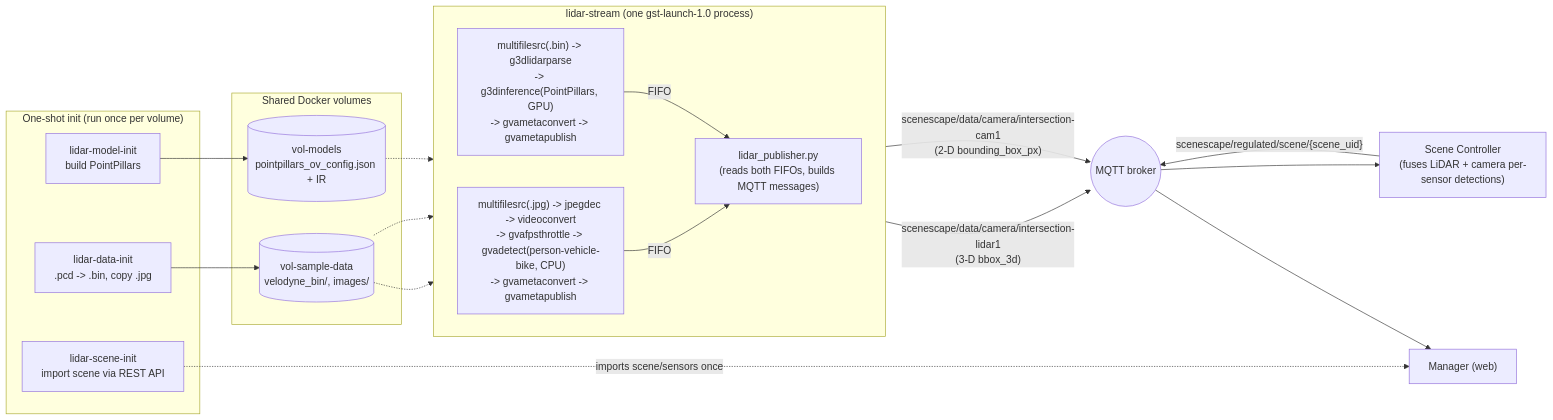
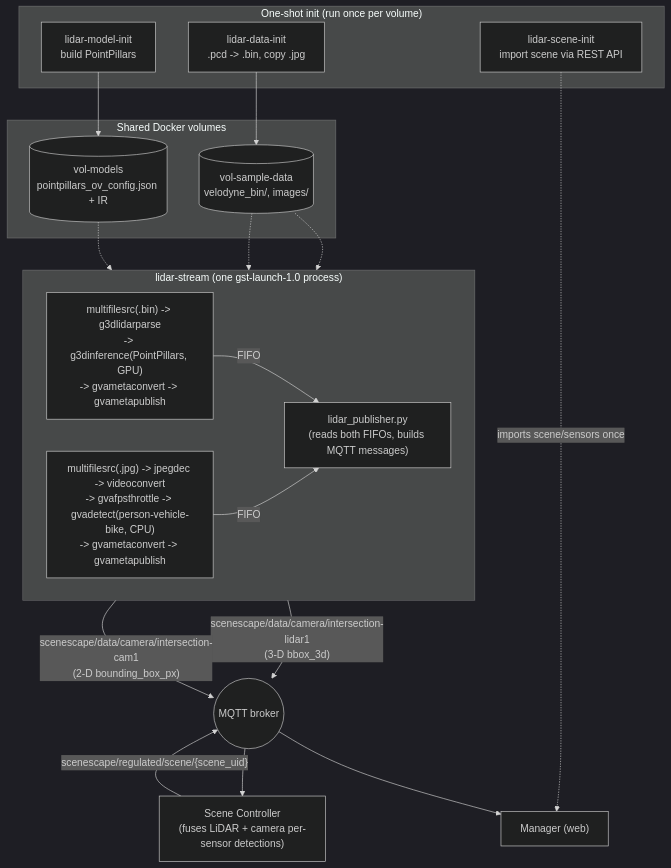
The diagram in docs/user-guide/how-to-guides/run-lidar-intersection-demo.md (open-edge-platform/scenescape), drawn with Mermaid before and after one commit. The commit also changed other lines of this file and 16 other files, not shown here.

Commit message:
[DOCS] LiDAR Intersection demo - review, plus review of Mermaid diagrams - 26.2

````diff
--- a/docs/user-guide/how-to-guides/run-lidar-intersection-demo.md
+++ b/docs/user-guide/how-to-guides/run-lidar-intersection-demo.md
@@ -55,33 +55,36 @@
 ```mermaid
-flowchart LR
+---
+config: {"theme": "dark"}
+---
+flowchart TD
     subgraph init["One-shot init (run once per volume)"]
-        DataInit["lidar-data-init\n.pcd -> .bin, copy .jpg"]
-        ModelInit["lidar-model-init\nbuild PointPillars"]
-        SceneInit["lidar-scene-init\nimport scene via REST API"]
+        DataInit["lidar-data-init</br>.pcd -> .bin, copy .jpg"]
+        ModelInit["lidar-model-init</br>build PointPillars"]
+        SceneInit["lidar-scene-init</br>import scene via REST API"]
     end
     subgraph vols["Shared Docker volumes"]
-        SampleVol[("vol-sample-data\nvelodyne_bin/, images/")]
-        ModelVol[("vol-models\npointpillars_ov_config.json + IR")]
+        SampleVol[("vol-sample-data</br>velodyne_bin/, images/")]
+        ModelVol[("vol-models</br>pointpillars_ov_config.json + IR")]
     end
     DataInit --> SampleVol
     ModelInit --> ModelVol
 
     subgraph stream["lidar-stream (one gst-launch-1.0 process)"]
         direction LR
-        LidarBranch["multifilesrc(.bin) -> g3dlidarparse\n-> g3dinference(PointPillars, GPU)\n-> gvametaconvert -> gvametapublish"]
-        CamBranch["multifilesrc(.jpg) -> jpegdec -> videoconvert\n-> gvafpsthrottle -> gvadetect(person-vehicle-bike, CPU)\n-> gvametaconvert -> gvametapublish"]
-        Pub["lidar_publisher.py\n(reads both FIFOs, builds MQTT messages)"]
+        LidarBranch["multifilesrc(.bin) -> g3dlidarparse</br>-> g3dinference(PointPillars, GPU)</br>-> gvametaconvert -> gvametapublish"]
+        CamBranch["multifilesrc(.jpg) -> jpegdec -> videoconvert</br>-> gvafpsthrottle -> gvadetect(person-vehicle-bike, CPU)</br>-> gvametaconvert -> gvametapublish"]
+        Pub["lidar_publisher.py</br>(reads both FIFOs, builds MQTT messages)"]
         LidarBranch -->|FIFO| Pub
         CamBranch -->|FIFO| Pub
     end
     SampleVol -.-> LidarBranch
     SampleVol -.-> CamBranch
     ModelVol -.-> LidarBranch
 
-    Pub -->|"scenescape/data/camera/intersection-lidar1\n(3-D bbox_3d)"| MQTT((MQTT broker))
-    Pub -->|"scenescape/data/camera/intersection-cam1\n(2-D bounding_box_px)"| MQTT
+    Pub -->|"scenescape/data/camera/intersection-lidar1</br>(3-D bbox_3d)"| MQTT((MQTT broker))
+    Pub -->|"scenescape/data/camera/intersection-cam1</br>(2-D bounding_box_px)"| MQTT
     SceneInit -.->|imports scene/sensors once| Manager["Manager (web)"]
-    MQTT --> Controller["Scene Controller\n(fuses LiDAR + camera per-sensor detections)"]
+    MQTT --> Controller["Scene Controller</br>(fuses LiDAR + camera per-sensor detections)"]
     Controller -->|"scenescape/regulated/scene/{scene_uid}"| MQTT
     MQTT --> Manager
 ```
````
